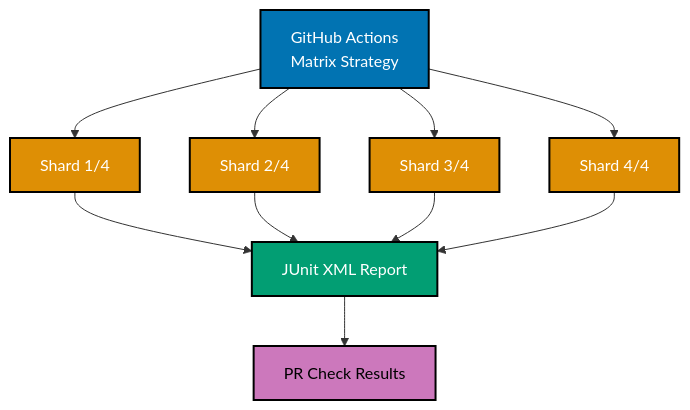
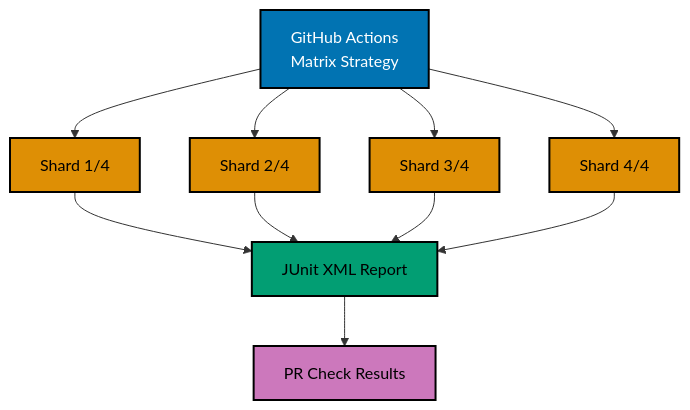
The fifth of 9 diagrams in apps/ayokoding-www/content/en/learn/legacy/software-engineering/automation-testing/tools/vitest/by-example/advanced.md (wahidyankf/ose-public), drawn with Mermaid before and after one commit. The commit also changed other lines of this file and 131 other files, not shown here.

First line of the commit message:
fix(mermaid): bring the legacy data, infrastructure, and testing diagrams onto the accessible palette

````diff
--- a/apps/ayokoding-www/content/en/learn/legacy/software-engineering/automation-testing/tools/vitest/by-example/advanced.md
+++ b/apps/ayokoding-www/content/en/learn/legacy/software-engineering/automation-testing/tools/vitest/by-example/advanced.md
@@ -1089,21 +1120,28 @@
 ```mermaid
 %% Color Palette: Blue #0173B2, Orange #DE8F05, Teal #029E73, Purple #CC78BC, Brown #CA9161
 graph TD
+    accTitle: Example 73: GitHub Actions Integration
+    accDescr: Graph with 7 nodes and 9 connections. Nodes: GitHub Actions Matrix Strategy, Shard 1/4, Shard 2/4, Shard 3/4, Shard 4/4, JUnit XML Report, PR Check Results. Connections: GitHub Actions Matrix Strategy to Shard 1/4, GitHub Actions Matrix Strategy to Shard 2/4, GitHub Actions Matrix Strategy to Shard 3/4, GitHub Actions Matrix Strategy to Shard 4/4, Shard 1/4 to JUnit XML Report, Shard 2/4 to JUnit XML Report, Shard 3/4 to JUnit XML Report, Shard 4/4 to JUnit XML Report, JUnit XML Report to PR Check Results.
     A["GitHub Actions<br/>Matrix Strategy"] --> B["Shard 1/4"]
     A --> C["Shard 2/4"]
     A --> D["Shard 3/4"]
     A --> E["Shard 4/4"]
     B --> F["JUnit XML Report"]
     C --> F
     D --> F
     E --> F
     F --> G["PR Check Results"]
 
-    style A fill:#0173B2,stroke:#000000,stroke-width:2px,color:#fff
-    style B fill:#DE8F05,stroke:#000000,stroke-width:2px,color:#fff
-    style C fill:#DE8F05,stroke:#000000,stroke-width:2px,color:#fff
-    style D fill:#DE8F05,stroke:#000000,stroke-width:2px,color:#fff
-    style E fill:#DE8F05,stroke:#000000,stroke-width:2px,color:#fff
-    style F fill:#029E73,stroke:#000000,stroke-width:2px,color:#fff
-    style G fill:#CC78BC,stroke:#000000,stroke-width:2px,color:#000
+    classDef pal-0173B2 fill:#0173B2,stroke:#000000,color:#FFFFFF,stroke-width:2px
+    class A pal-0173B2
+    classDef pal-DE8F05 fill:#DE8F05,stroke:#000000,color:#000000,stroke-width:2px
+    class B pal-DE8F05
+    class C pal-DE8F05
+    class D pal-DE8F05
+    class E pal-DE8F05
+    classDef pal-029E73 fill:#029E73,stroke:#000000,color:#000000,stroke-width:2px
+    class F pal-029E73
+    classDef pal-CC78BC fill:#CC78BC,stroke:#000000,color:#000000,stroke-width:2px
+    class G pal-CC78BC
+    classDef default fill:#FFFFFF,stroke:#000000,color:#000000
 ```
````
